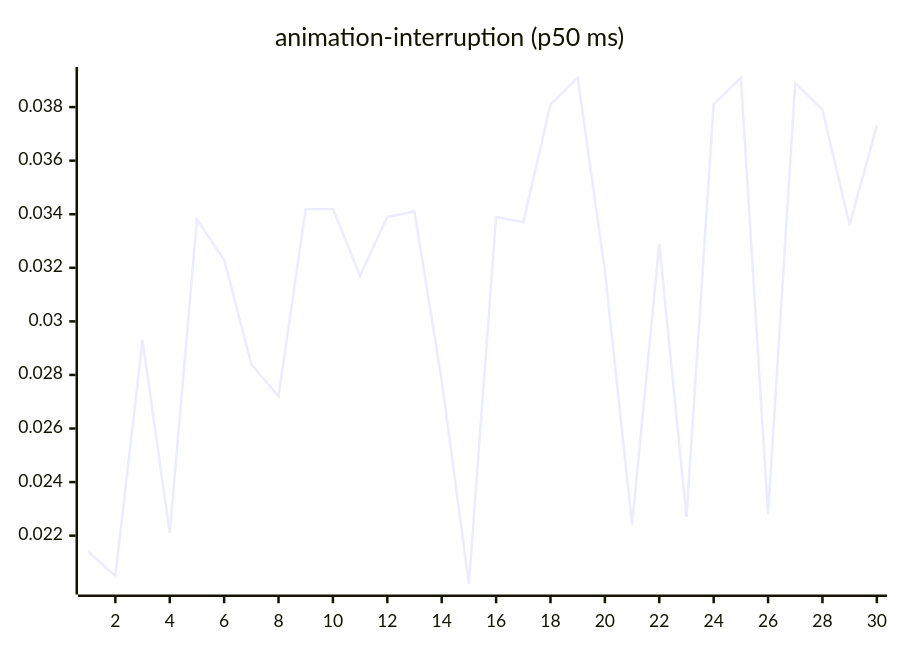
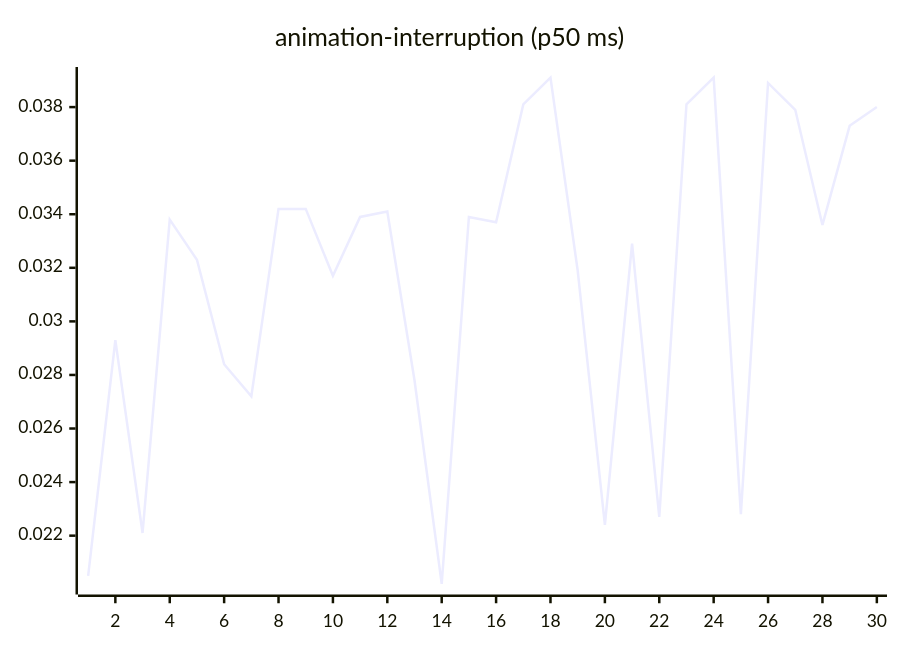
Before and after one commit to josha/Facet: the third of 27 diagrams in README.md, drawn with Mermaid. The commit also changed other lines of this file and 2 other files, not shown here.

````diff
--- a/README.md
+++ b/README.md
@@ -77,6 +77,6 @@
 ```mermaid
 xychart-beta
     title "animation-interruption (p50 ms)"
     x-axis 1 --> 30
-    line [0.0214, 0.0205, 0.0293, 0.0221, 0.0338, 0.0323, 0.0284, 0.0272, 0.0342, 0.0342, 0.0317, 0.0339, 0.0341, 0.0278, 0.0202, 0.0339, 0.0337, 0.0381, 0.0391, 0.0319, 0.0224, 0.0329, 0.0227, 0.0381, 0.0391, 0.0228, 0.0389, 0.0379, 0.0336, 0.0373]
+    line [0.0205, 0.0293, 0.0221, 0.0338, 0.0323, 0.0284, 0.0272, 0.0342, 0.0342, 0.0317, 0.0339, 0.0341, 0.0278, 0.0202, 0.0339, 0.0337, 0.0381, 0.0391, 0.0319, 0.0224, 0.0329, 0.0227, 0.0381, 0.0391, 0.0228, 0.0389, 0.0379, 0.0336, 0.0373, 0.0380]
 ```
````
